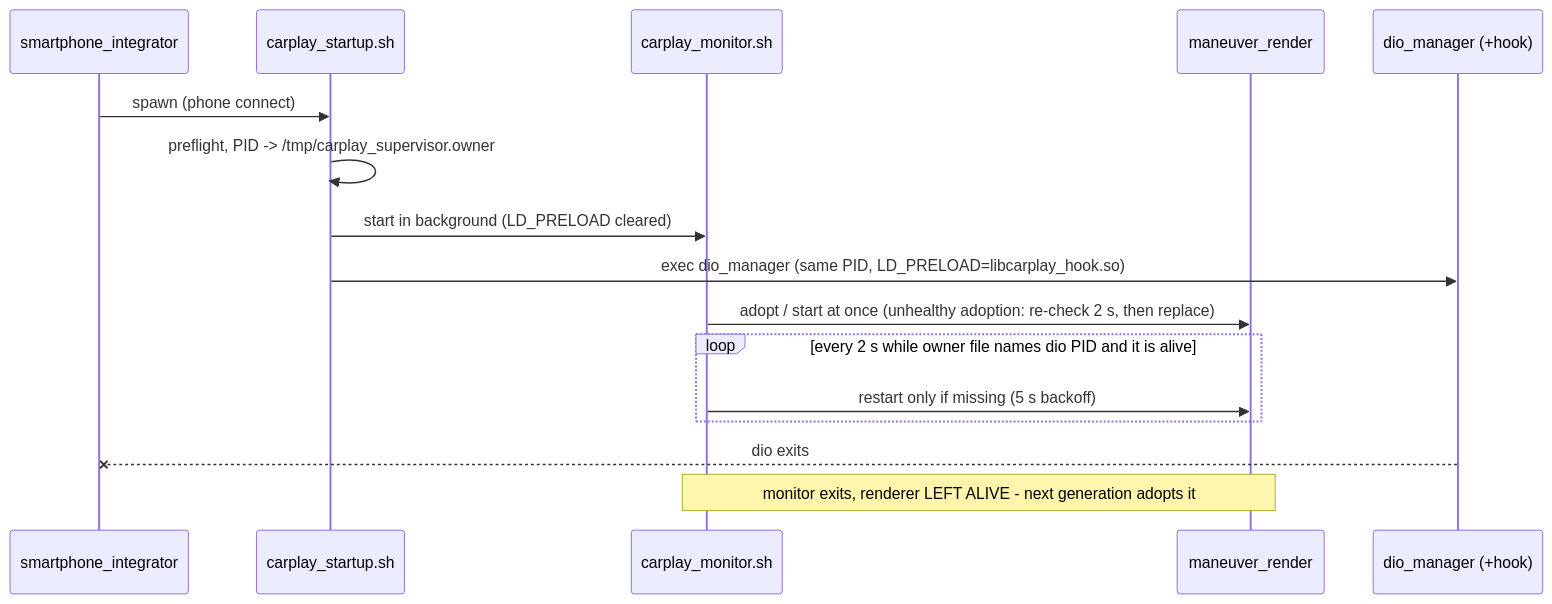
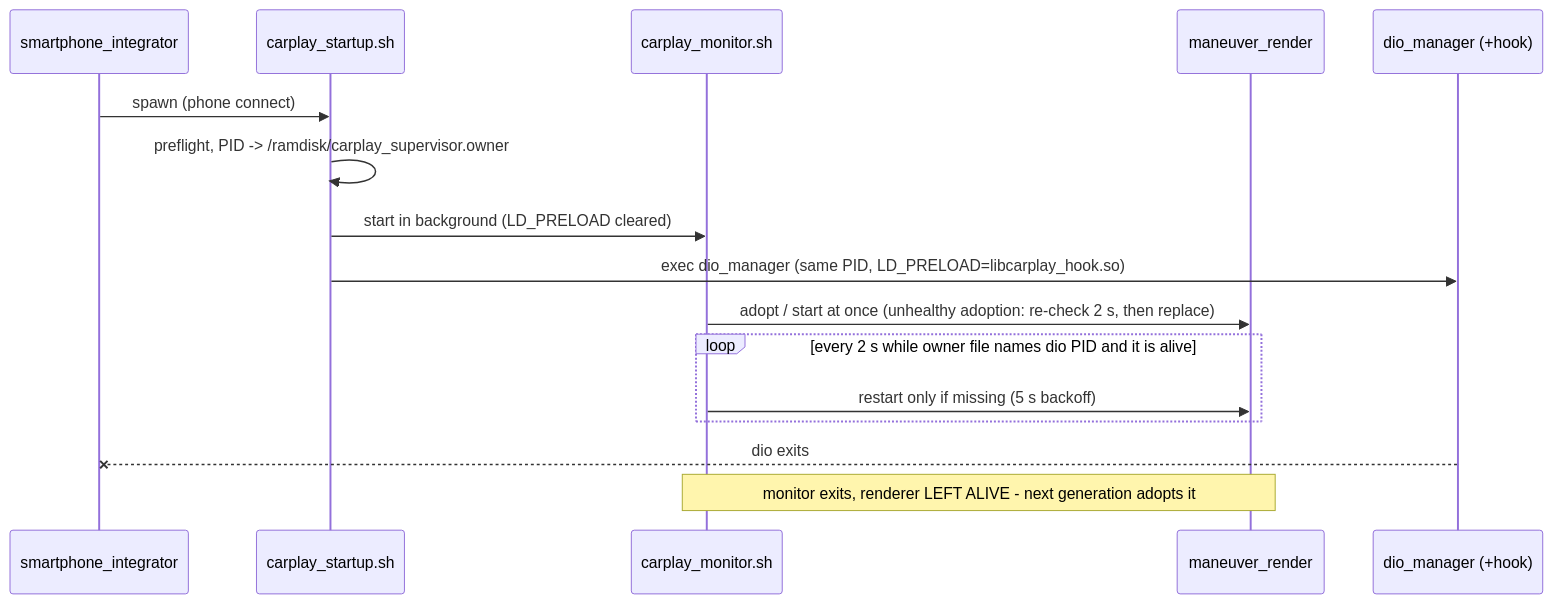
One commit to lindayi/mib2-carplay-rgi-altscreen changed the diagram in docs/deploy/supervisor-lifecycle.md. Above: the diagram before and after it, drawn with Mermaid. The commit also changed other lines of this file and 35 other files, not shown here.

````diff
--- a/docs/deploy/supervisor-lifecycle.md
+++ b/docs/deploy/supervisor-lifecycle.md
@@ -26,20 +26,20 @@
 ```mermaid
 sequenceDiagram
     accTitle: Supervisor and renderer lifecycle
     accDescr: carplay_startup.sh publishes its PID to the owner file, starts carplay_monitor.sh without the hook and execs dio_manager with it. The monitor adopts or starts maneuver_render and restarts it only while its generation owns the file and dio is alive. The renderer survives dio exit.
     participant SI as smartphone_integrator
     participant W as carplay_startup.sh
     participant M as carplay_monitor.sh
     participant R as maneuver_render
     participant D as dio_manager (+hook)
     SI->>W: spawn (phone connect)
-    W->>W: preflight, PID -> /tmp/carplay_supervisor.owner
+    W->>W: preflight, PID -> /ramdisk/carplay_supervisor.owner
     W->>M: start in background (LD_PRELOAD cleared)
     W->>D: exec dio_manager (same PID, LD_PRELOAD=libcarplay_hook.so)
     M->>R: adopt / start at once (unhealthy adoption: re-check 2 s, then replace)
     loop every 2 s while owner file names dio PID and it is alive
         M->>R: restart only if missing (5 s backoff)
     end
     D--xSI: dio exits
     Note over M,R: monitor exits, renderer LEFT ALIVE - next generation adopts it
 ```
````
